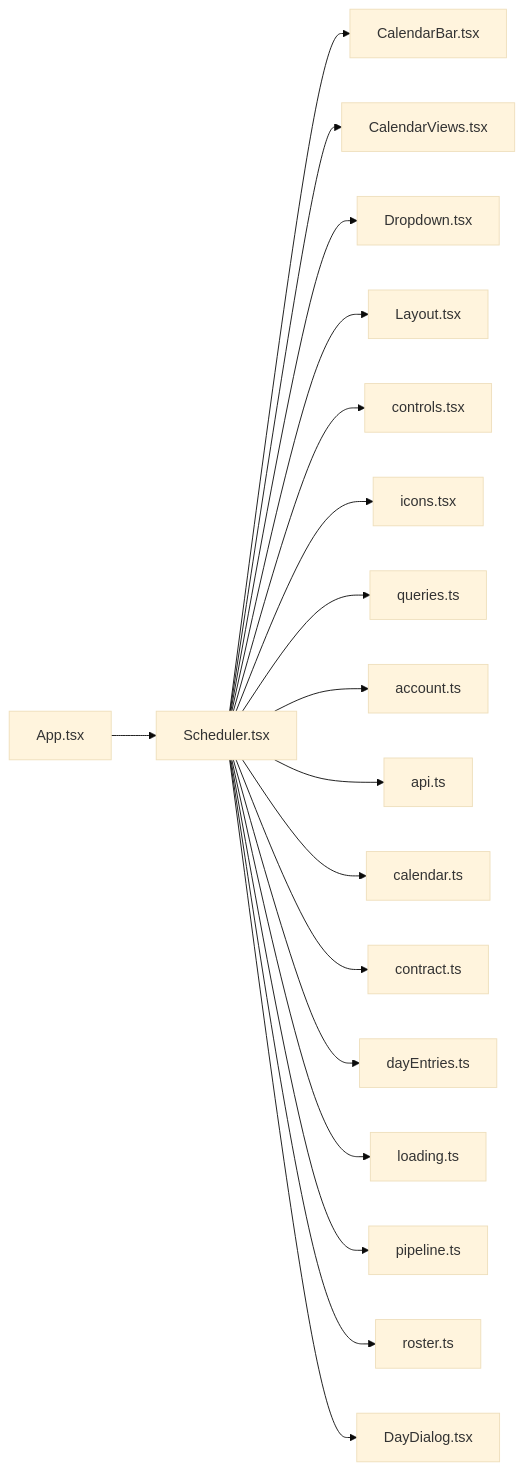
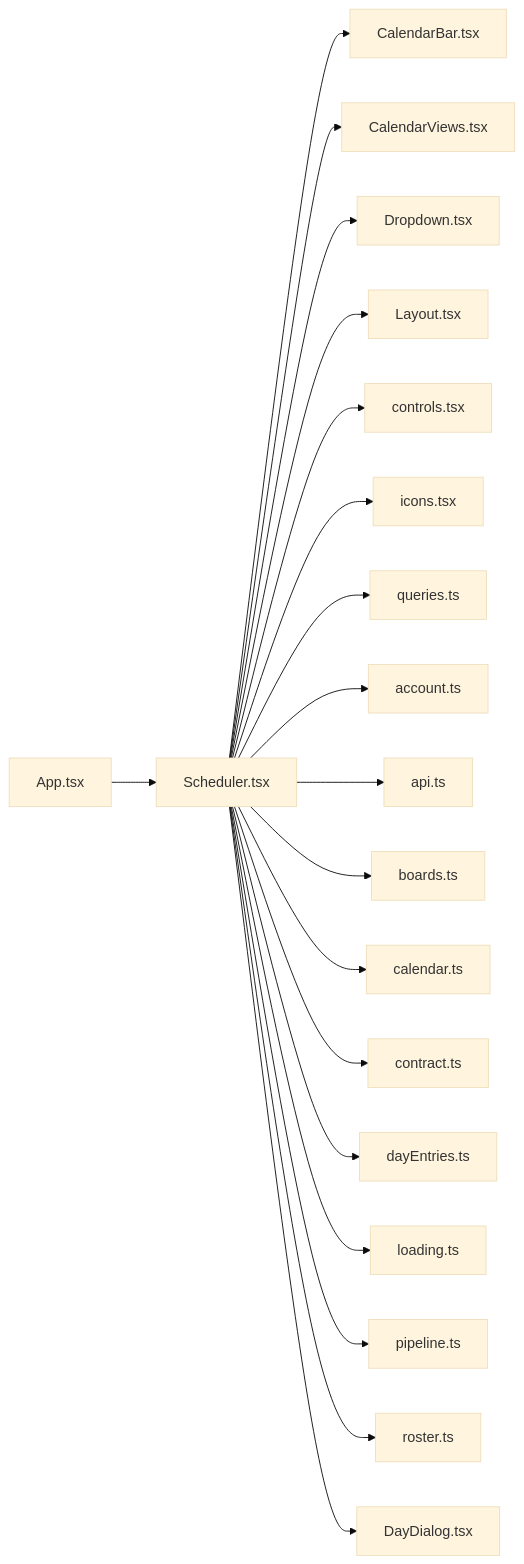
Before and after one commit to minkong-dev/Banblit: the diagram in .cluedoc/graph/frontend/src/routes/Scheduler.md, drawn with Mermaid (base theme). The commit also changed other lines of this file and 56 other files, not shown here.

Commit message:
frontend: import pure lib functions from their own files instead of through pipeline

````diff
--- a/.cluedoc/graph/frontend/src/routes/Scheduler.md
+++ b/.cluedoc/graph/frontend/src/routes/Scheduler.md
@@ -10,21 +10,22 @@
 ```mermaid
 flowchart LR
   frontend_src_routes_Scheduler["Scheduler.tsx"]
   frontend_src_routes_Scheduler --> frontend_src_components_CalendarBar["CalendarBar.tsx"]
   frontend_src_routes_Scheduler --> frontend_src_components_CalendarViews["CalendarViews.tsx"]
   frontend_src_routes_Scheduler --> frontend_src_components_Dropdown["Dropdown.tsx"]
   frontend_src_routes_Scheduler --> frontend_src_components_Layout["Layout.tsx"]
   frontend_src_routes_Scheduler --> frontend_src_components_controls["controls.tsx"]
   frontend_src_routes_Scheduler --> frontend_src_components_icons["icons.tsx"]
   frontend_src_routes_Scheduler --> frontend_src_components_queries["queries.ts"]
   frontend_src_routes_Scheduler --> frontend_src_lib_account["account.ts"]
   frontend_src_routes_Scheduler --> frontend_src_lib_api["api.ts"]
+  frontend_src_routes_Scheduler --> frontend_src_lib_boards["boards.ts"]
   frontend_src_routes_Scheduler --> frontend_src_lib_calendar["calendar.ts"]
   frontend_src_routes_Scheduler --> frontend_src_lib_contract["contract.ts"]
   frontend_src_routes_Scheduler --> frontend_src_lib_dayEntries["dayEntries.ts"]
   frontend_src_routes_Scheduler --> frontend_src_lib_loading["loading.ts"]
   frontend_src_routes_Scheduler --> frontend_src_lib_pipeline["pipeline.ts"]
   frontend_src_routes_Scheduler --> frontend_src_lib_roster["roster.ts"]
   frontend_src_routes_Scheduler --> frontend_src_routes_DayDialog["DayDialog.tsx"]
   frontend_src_App["App.tsx"] --> frontend_src_routes_Scheduler
 ```
````
